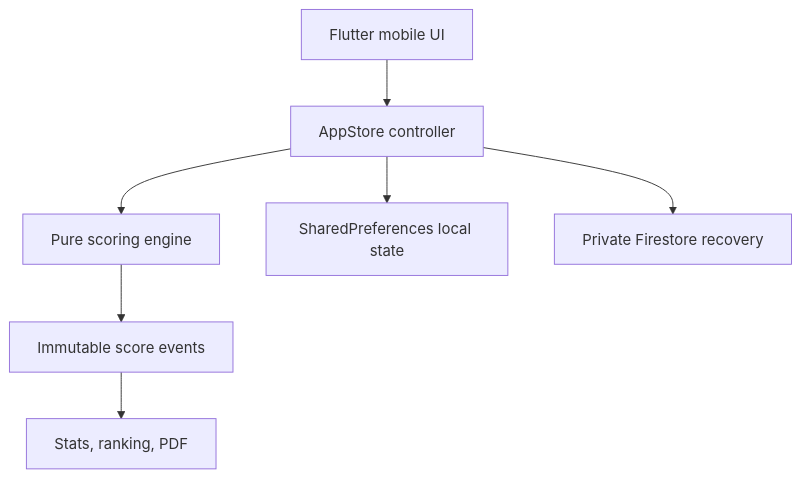
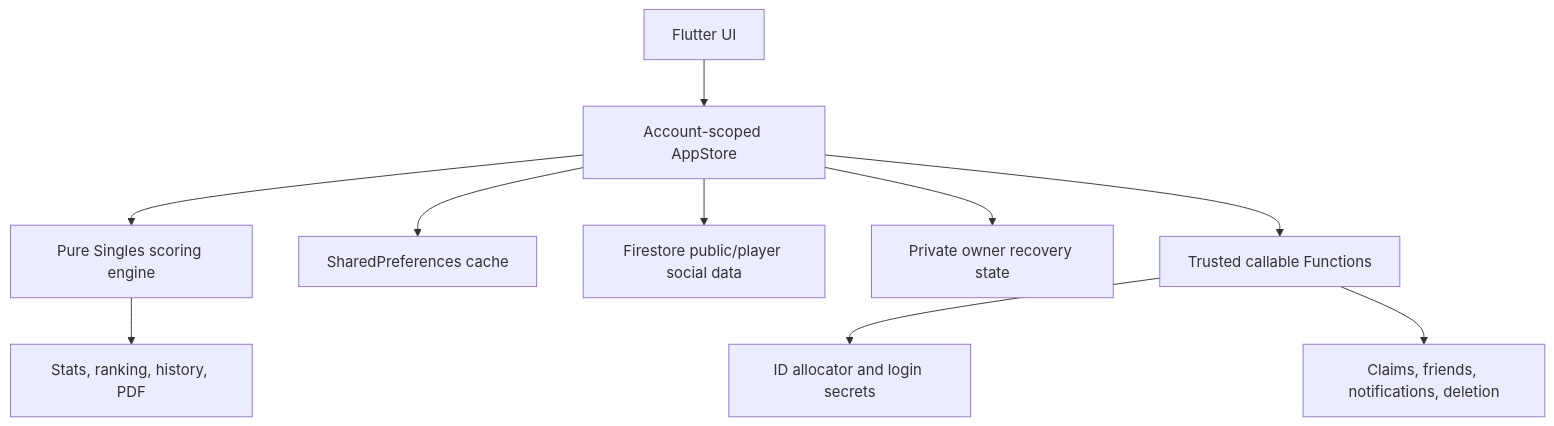
Before and after one commit to rc-balaji/TexiolCricXii: the first of 2 diagrams in docs/ARCHITECTURE.md, drawn with Mermaid. The commit also changed other lines of this file and 49 other files, not shown here.

````diff
--- a/docs/ARCHITECTURE.md
+++ b/docs/ARCHITECTURE.md
@@ -5,9 +5,12 @@
 ```mermaid
 flowchart TD
-    UI[Flutter mobile UI] --> Store[AppStore controller]
-    Store --> Engine[Pure scoring engine]
-    Store --> Local[SharedPreferences local state]
-    Store --> Cloud[Private Firestore recovery]
-    Engine --> Events[Immutable score events]
-    Events --> Summary[Stats, ranking, PDF]
+    UI[Flutter UI] --> Store[Account-scoped AppStore]
+    Store --> Engine[Pure Singles scoring engine]
+    Store --> Local[SharedPreferences cache]
+    Store --> Public[Firestore public/player social data]
+    Store --> Private[Private owner recovery state]
+    Store --> Callable[Trusted callable Functions]
+    Callable --> IDs[ID allocator and login secrets]
+    Callable --> Social[Claims, friends, notifications, deletion]
+    Engine --> Summary[Stats, ranking, history, PDF]
 ```
````
